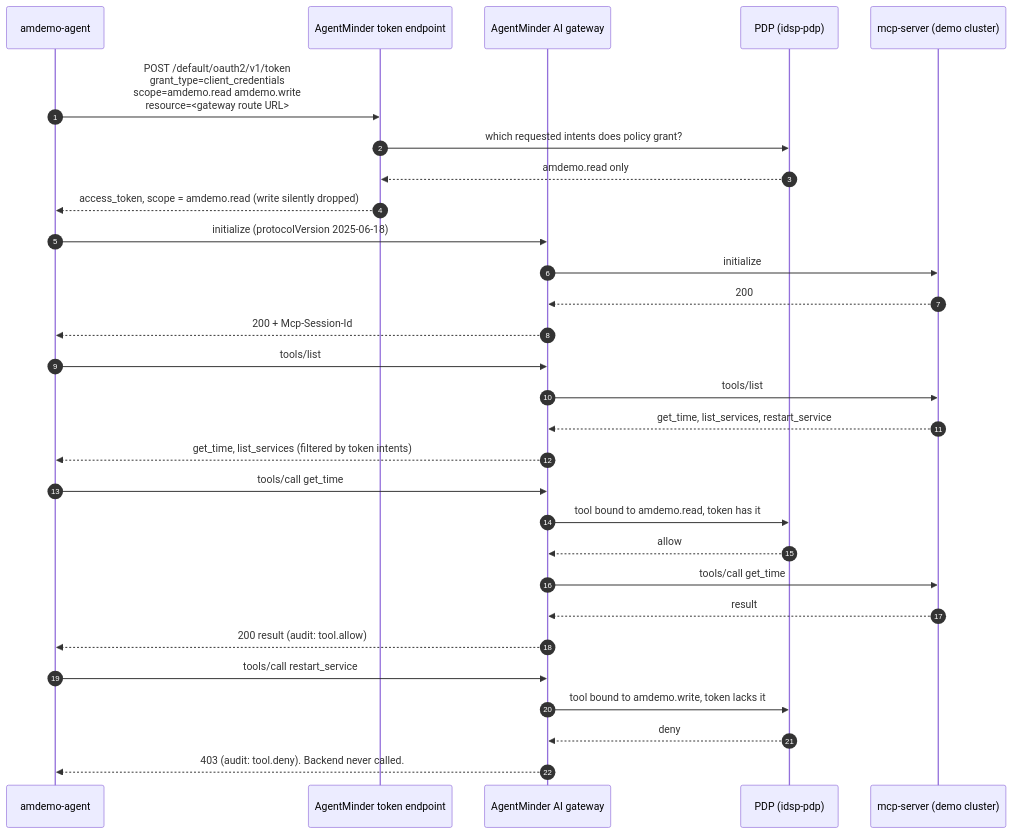
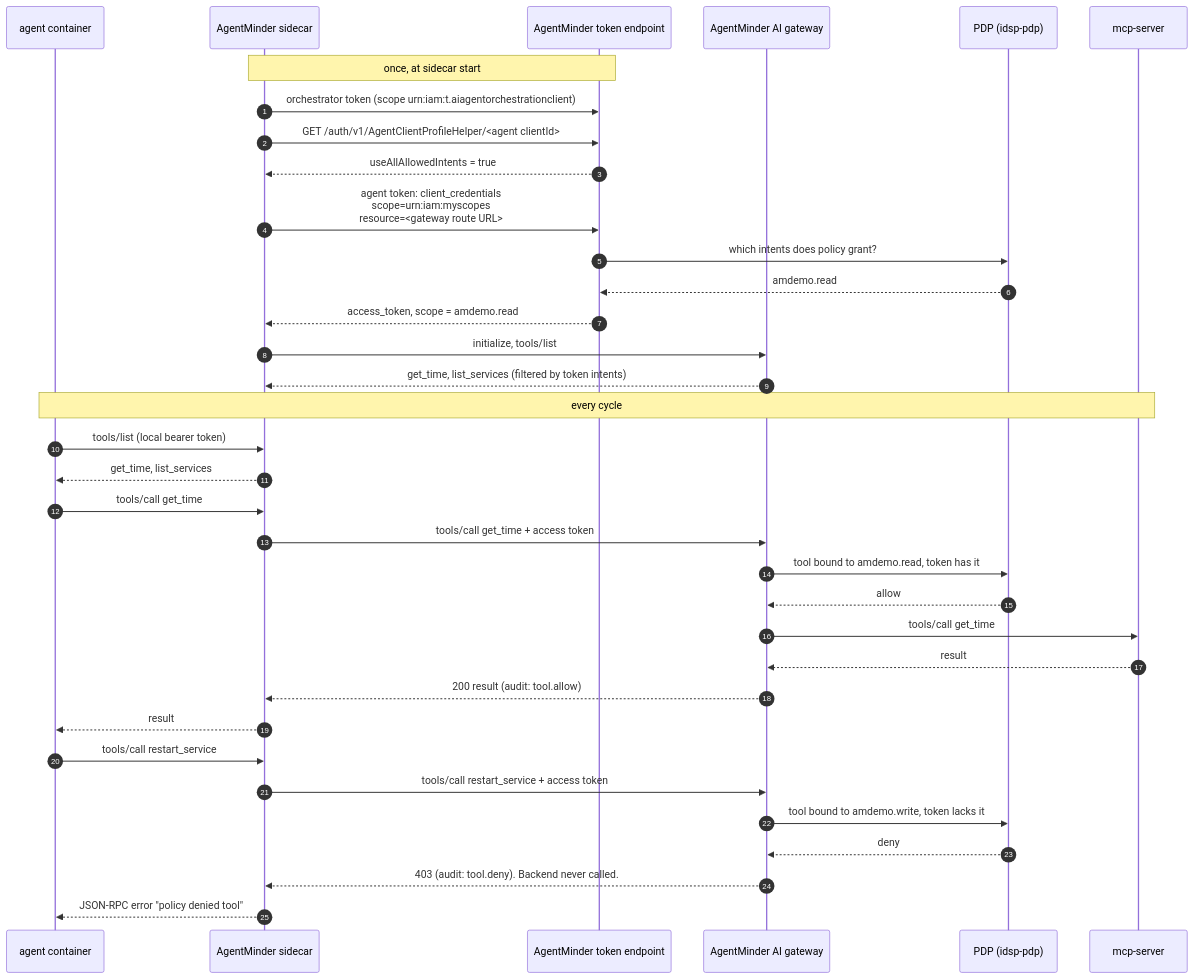
Before and after one commit to warroyo/agentminder-ansible-demo: the third of 3 diagrams in docs/how-agentminder-works.md, drawn with Mermaid. The commit also changed other lines of this file and 13 other files, not shown here.

First line of the commit message:
Run the agent with the AgentMinder SDK sidecar

````diff
--- a/docs/how-agentminder-works.md
+++ b/docs/how-agentminder-works.md
@@ -169,36 +207,40 @@
 ```mermaid
 sequenceDiagram
   autonumber
-  participant A as amdemo-agent
+  participant A as agent container
+  participant S as AgentMinder sidecar
   participant T as AgentMinder token endpoint
   participant G as AgentMinder AI gateway
   participant P as PDP (idsp-pdp)
-  participant M as mcp-server (demo cluster)
+  participant M as mcp-server
 
-  A->>T: POST /default/oauth2/v1/token<br/>grant_type=client_credentials<br/>scope=amdemo.read amdemo.write<br/>resource=<gateway route URL>
-  T->>P: which requested intents does policy grant?
-  P-->>T: amdemo.read only
-  T-->>A: access_token, scope = amdemo.read (write silently dropped)
+  Note over S,T: once, at sidecar start
+  S->>T: orchestrator token (scope urn:iam:t.aiagentorchestrationclient)
+  S->>T: GET /auth/v1/AgentClientProfileHelper/<agent clientId>
+  T-->>S: useAllAllowedIntents = true
+  S->>T: agent token: client_credentials<br/>scope=urn:iam:myscopes<br/>resource=<gateway route URL>
+  T->>P: which intents does policy grant?
+  P-->>T: amdemo.read
+  T-->>S: access_token, scope = amdemo.read
+  S->>G: initialize, tools/list
+  G-->>S: get_time, list_services (filtered by token intents)
 
-  A->>G: initialize (protocolVersion 2025-06-18)
-  G->>M: initialize
-  M-->>G: 200
-  G-->>A: 200 + Mcp-Session-Id
-
-  A->>G: tools/list
-  G->>M: tools/list
-  M-->>G: get_time, list_services, restart_service
-  G-->>A: get_time, list_services (filtered by token intents)
-
-  A->>G: tools/call get_time
+  Note over A,M: every cycle
+  A->>S: tools/list (local bearer token)
+  S-->>A: get_time, list_services
+  A->>S: tools/call get_time
+  S->>G: tools/call get_time + access token
   G->>P: tool bound to amdemo.read, token has it
   P-->>G: allow
   G->>M: tools/call get_time
   M-->>G: result
-  G-->>A: 200 result (audit: tool.allow)
+  G-->>S: 200 result (audit: tool.allow)
+  S-->>A: result
 
-  A->>G: tools/call restart_service
+  A->>S: tools/call restart_service
+  S->>G: tools/call restart_service + access token
   G->>P: tool bound to amdemo.write, token lacks it
   P-->>G: deny
-  G-->>A: 403 (audit: tool.deny). Backend never called.
+  G-->>S: 403 (audit: tool.deny). Backend never called.
+  S-->>A: JSON-RPC error "policy denied tool"
 ```
````
